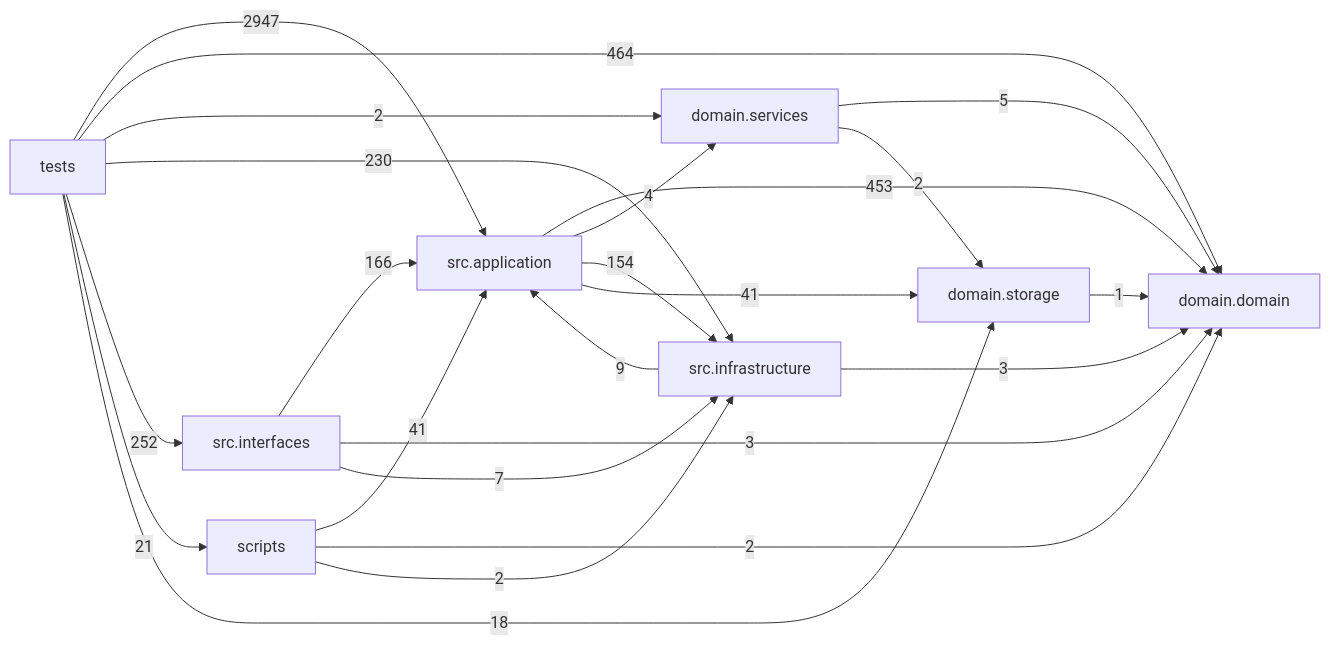
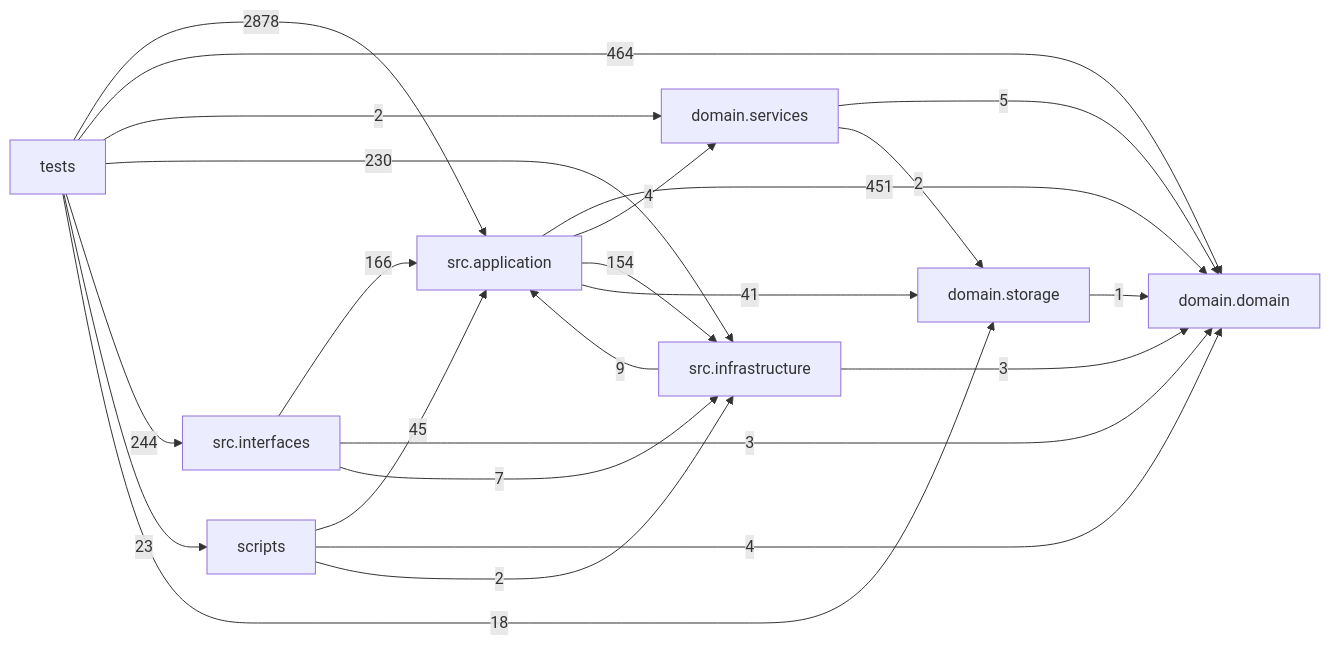
Before and after one commit to liuxie066/options-monitor: the diagram in docs/DEPENDENCY_GRAPH.md, drawn with Mermaid. The commit also changed other lines of this file and 43 other files, not shown here.

````diff
--- a/docs/DEPENDENCY_GRAPH.md
+++ b/docs/DEPENDENCY_GRAPH.md
@@ -24,33 +24,33 @@
 ```mermaid
 flowchart LR
   tests["tests"]
   scripts["scripts"]
   interfaces["src.interfaces"]
   application["src.application"]
   infrastructure["src.infrastructure"]
   domain_services["domain.services"]
   domain["domain.domain"]
   storage["domain.storage"]
-  application -->|453| domain
+  application -->|451| domain
   application -->|4| domain_services
   application -->|154| infrastructure
   application -->|41| storage
   domain_services -->|5| domain
   domain_services -->|2| storage
   infrastructure -->|9| application
   infrastructure -->|3| domain
   interfaces -->|166| application
   interfaces -->|3| domain
   interfaces -->|7| infrastructure
-  scripts -->|41| application
-  scripts -->|2| domain
+  scripts -->|45| application
+  scripts -->|4| domain
   scripts -->|2| infrastructure
   storage -->|1| domain
-  tests -->|2947| application
+  tests -->|2878| application
   tests -->|464| domain
   tests -->|2| domain_services
   tests -->|230| infrastructure
-  tests -->|252| interfaces
-  tests -->|21| scripts
+  tests -->|244| interfaces
+  tests -->|23| scripts
   tests -->|18| storage
 ```
````
